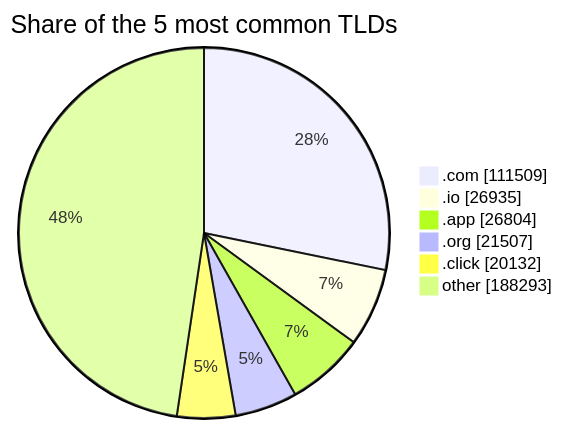
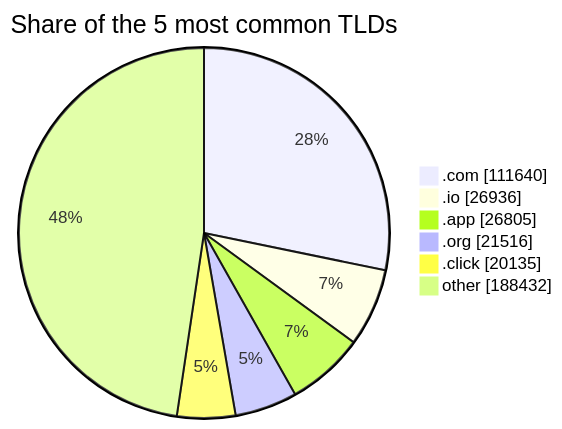
One commit to DNSBunker/CTI changed the third of 3 diagrams in README.md. Above: the diagram before and after it, drawn with Mermaid. The commit also changed other lines of this file and 3 other files, not shown here.

````diff
--- a/README.md
+++ b/README.md
@@ -81,9 +81,9 @@
 ```mermaid
 pie showData title Share of the 5 most common TLDs
-    ".com" : 111509
-    ".io" : 26935
-    ".app" : 26804
-    ".org" : 21507
-    ".click" : 20132
-    "other" : 188293
+    ".com" : 111640
+    ".io" : 26936
+    ".app" : 26805
+    ".org" : 21516
+    ".click" : 20135
+    "other" : 188432
 ```
````
